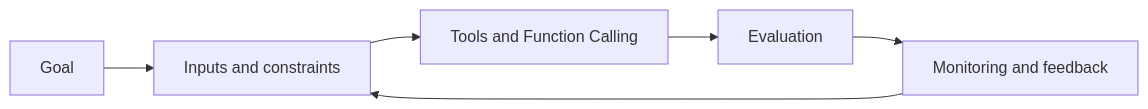
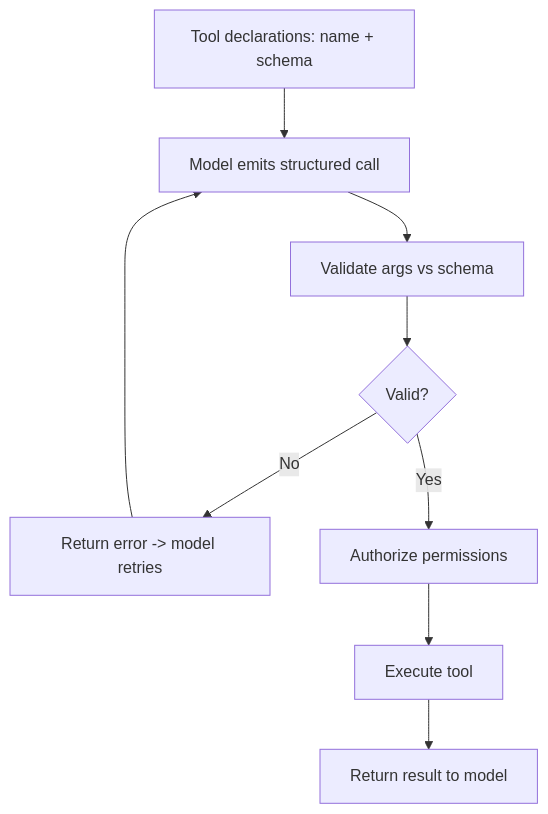
The diagram in agents/03-tools-and-function-calling.md (Icon1cc/Machine-Learning), drawn with Mermaid before and after one commit. The commit also changed other lines of this file and 118 other files, not shown here.

````diff
--- a/agents/03-tools-and-function-calling.md
+++ b/agents/03-tools-and-function-calling.md
@@ -93,8 +70,11 @@
 ```mermaid
-flowchart LR
-    A[Goal] --> B[Inputs and constraints]
-    B --> C[Tools and Function Calling]
-    C --> D[Evaluation]
-    D --> E[Monitoring and feedback]
+flowchart TD
+    A[Tool declarations: name + schema] --> B[Model emits structured call]
+    B --> C[Validate args vs schema]
+    C --> D{Valid?}
+    D -- No --> E[Return error -> model retries]
     E --> B
+    D -- Yes --> F[Authorize permissions]
+    F --> G[Execute tool]
+    G --> H[Return result to model]
 ```
````
